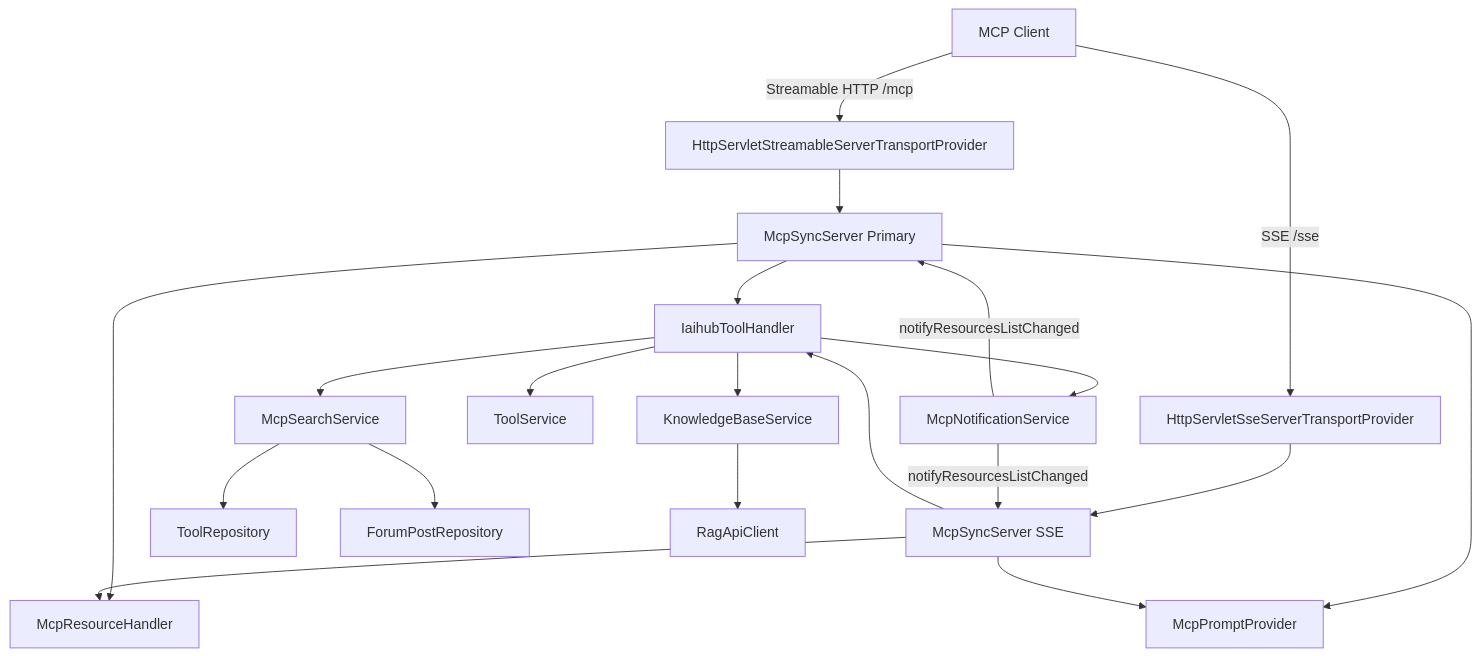
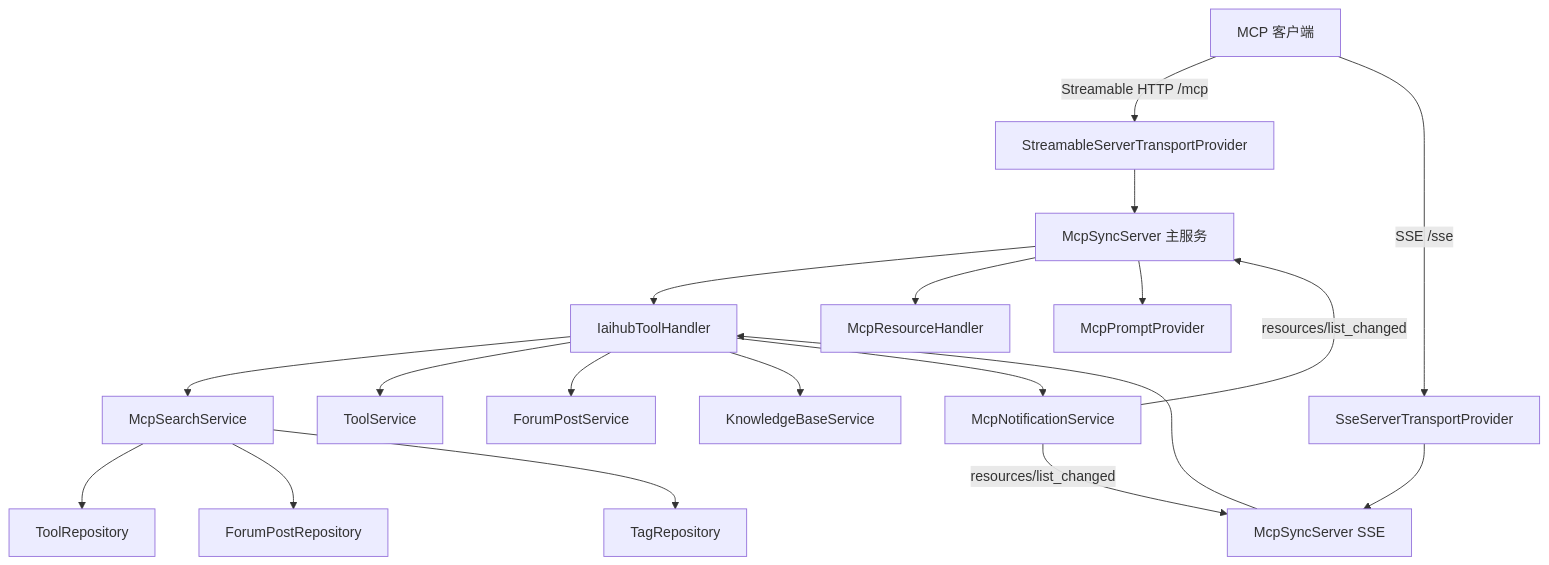
Before and after one commit to mambo-wang/CodingHub: the diagram in repowiki/wiki/modules/MCP服务.md, drawn with Mermaid. The commit also changed other lines of this file and 99 other files, not shown here.

````diff
--- a/repowiki/wiki/modules/MCP服务.md
+++ b/repowiki/wiki/modules/MCP服务.md
@@ -24,22 +25,21 @@
 ```mermaid
 graph TD
-    A[MCP Client] -->|Streamable HTTP /mcp| B[HttpServletStreamableServerTransportProvider]
-    A -->|SSE /sse| C[HttpServletSseServerTransportProvider]
-    B --> D[McpSyncServer Primary]
-    C --> E[McpSyncServer SSE]
-    D --> F[IaihubToolHandler]
-    D --> G[McpResourceHandler]
-    D --> H[McpPromptProvider]
-    E --> F
-    E --> G
-    E --> H
-    F --> I[McpSearchService]
-    F --> J[ToolService]
-    F --> K[KnowledgeBaseService]
-    F --> L[McpNotificationService]
-    I --> M[ToolRepository]
-    I --> N[ForumPostRepository]
-    K --> O[RagApiClient]
-    L -->|notifyResourcesListChanged| D
-    L -->|notifyResourcesListChanged| E
+    Client[MCP 客户端] -->|Streamable HTTP /mcp| TP1[StreamableServerTransportProvider]
+    Client -->|SSE /sse| TP2[SseServerTransportProvider]
+    TP1 --> S1[McpSyncServer 主服务]
+    TP2 --> S2[McpSyncServer SSE]
+    S1 --> TH[IaihubToolHandler]
+    S2 --> TH
+    S1 --> RH[McpResourceHandler]
+    S1 --> PP[McpPromptProvider]
+    TH --> SS[McpSearchService]
+    TH --> TS[ToolService]
+    TH --> FS[ForumPostService]
+    TH --> KS[KnowledgeBaseService]
+    TH --> NS[McpNotificationService]
+    SS --> RepoT[ToolRepository]
+    SS --> RepoF[ForumPostRepository]
+    SS --> RepoTag[TagRepository]
+    NS -->|resources/list_changed| S1
+    NS -->|resources/list_changed| S2
 ```
````
